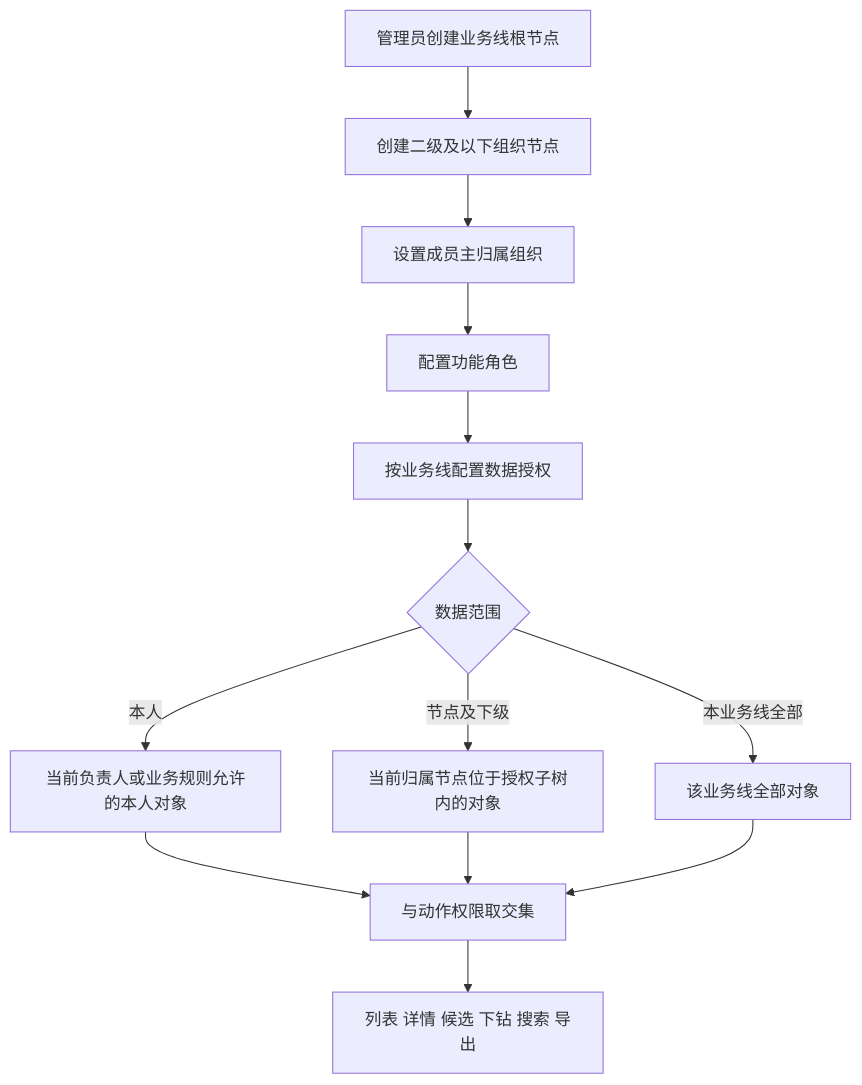
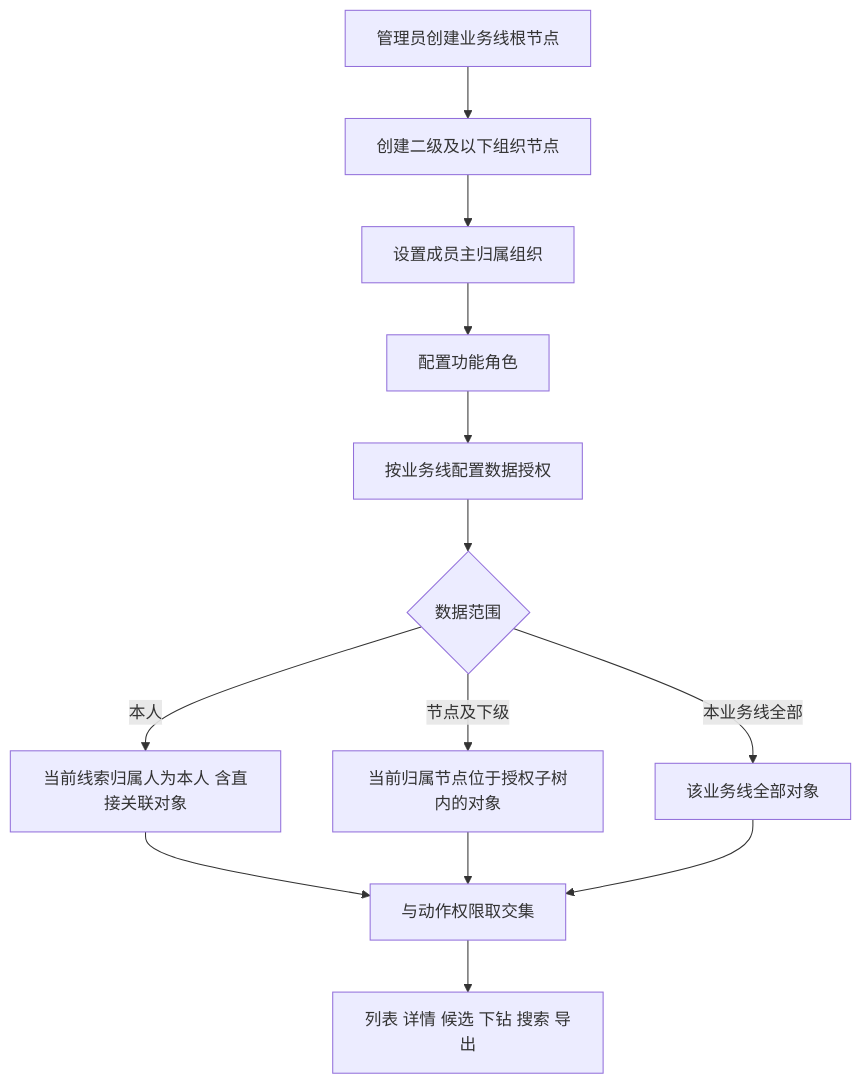
Before and after one commit to h3-ai-lab/hhhprd: the diagram in projects/crm-org-data-permissions/research/REQUIREMENT-ANALYSIS.md, drawn with Mermaid. The commit also changed other lines of this file and 57 other files, not shown here.

````diff
--- a/projects/crm-org-data-permissions/research/REQUIREMENT-ANALYSIS.md
+++ b/projects/crm-org-data-permissions/research/REQUIREMENT-ANALYSIS.md
@@ -110,15 +111,15 @@
 ```mermaid
 flowchart TD
     A[管理员创建业务线根节点] --> B[创建二级及以下组织节点]
     B --> C[设置成员主归属组织]
     C --> D[配置功能角色]
     D --> E[按业务线配置数据授权]
     E --> F{数据范围}
-    F -->|本人| G[当前负责人或业务规则允许的本人对象]
+    F -->|本人| G[当前线索归属人为本人 含直接关联对象]
     F -->|节点及下级| H[当前归属节点位于授权子树内的对象]
     F -->|本业务线全部| I[该业务线全部对象]
     G --> J[与动作权限取交集]
     H --> J
     I --> J
     J --> K[列表 详情 候选 下钻 搜索 导出]
 ```
````
